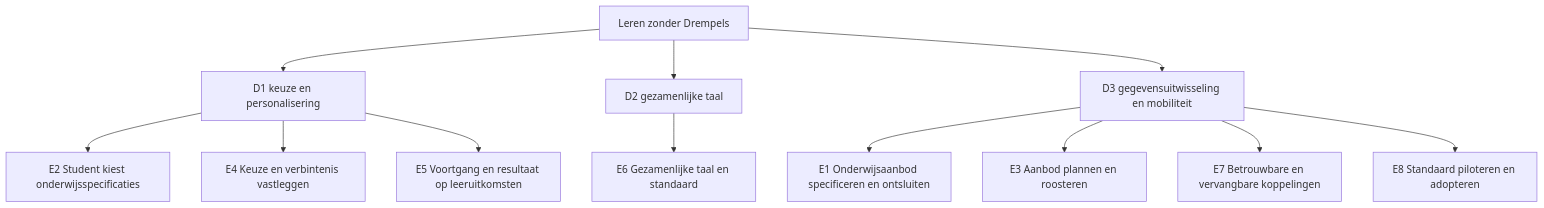
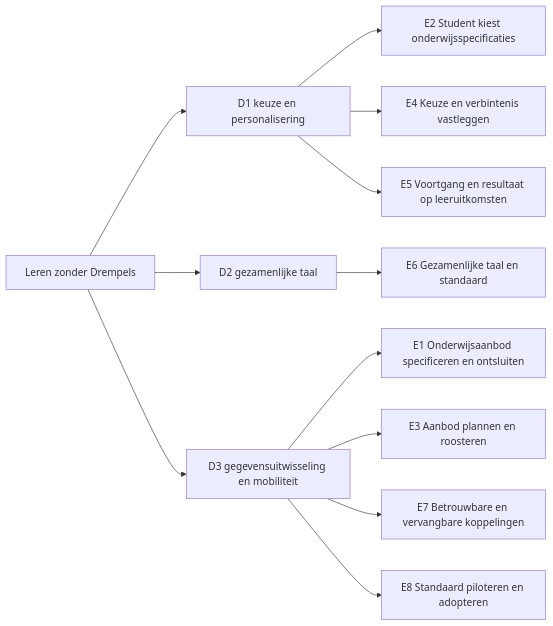
One commit to Npuls-OKx/meta changed the diagram in architecture/docs/requirements/README.md. Above: the diagram before and after it, drawn with Mermaid. The commit also changed 3 other files, not shown here.

````diff
--- a/architecture/docs/requirements/README.md
+++ b/architecture/docs/requirements/README.md
@@ -9,12 +9,12 @@
 ```mermaid
-flowchart TD
+flowchart LR
   LZD["Leren zonder Drempels"] --> D1["D1 keuze en personalisering"] & D2["D2 gezamenlijke taal"] & D3["D3 gegevensuitwisseling en mobiliteit"]
   D1 --> E2["E2 Student kiest onderwijsspecificaties"]
   D1 --> E4["E4 Keuze en verbintenis vastleggen"]
   D1 --> E5["E5 Voortgang en resultaat op leeruitkomsten"]
   D2 --> E6["E6 Gezamenlijke taal en standaard"]
   D3 --> E1["E1 Onderwijsaanbod specificeren en ontsluiten"]
   D3 --> E3["E3 Aanbod plannen en roosteren"]
   D3 --> E7["E7 Betrouwbare en vervangbare koppelingen"]
   D3 --> E8["E8 Standaard piloteren en adopteren"]
 ```
````
